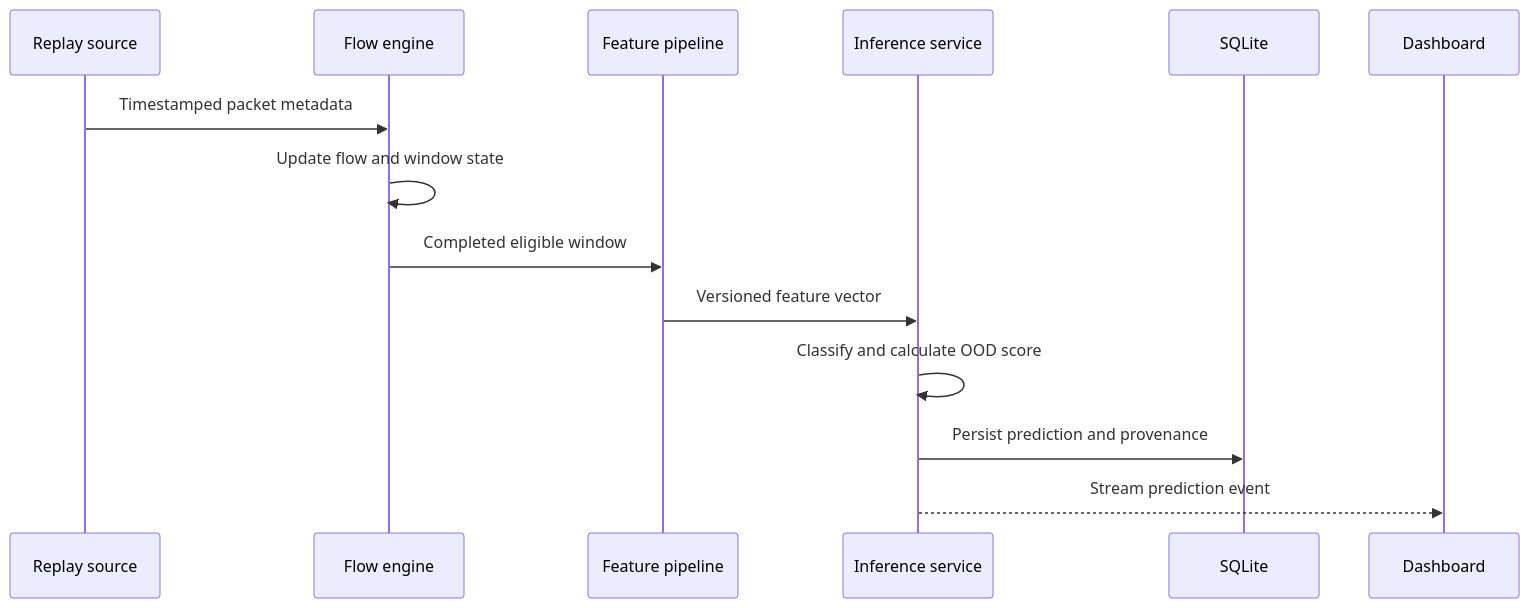
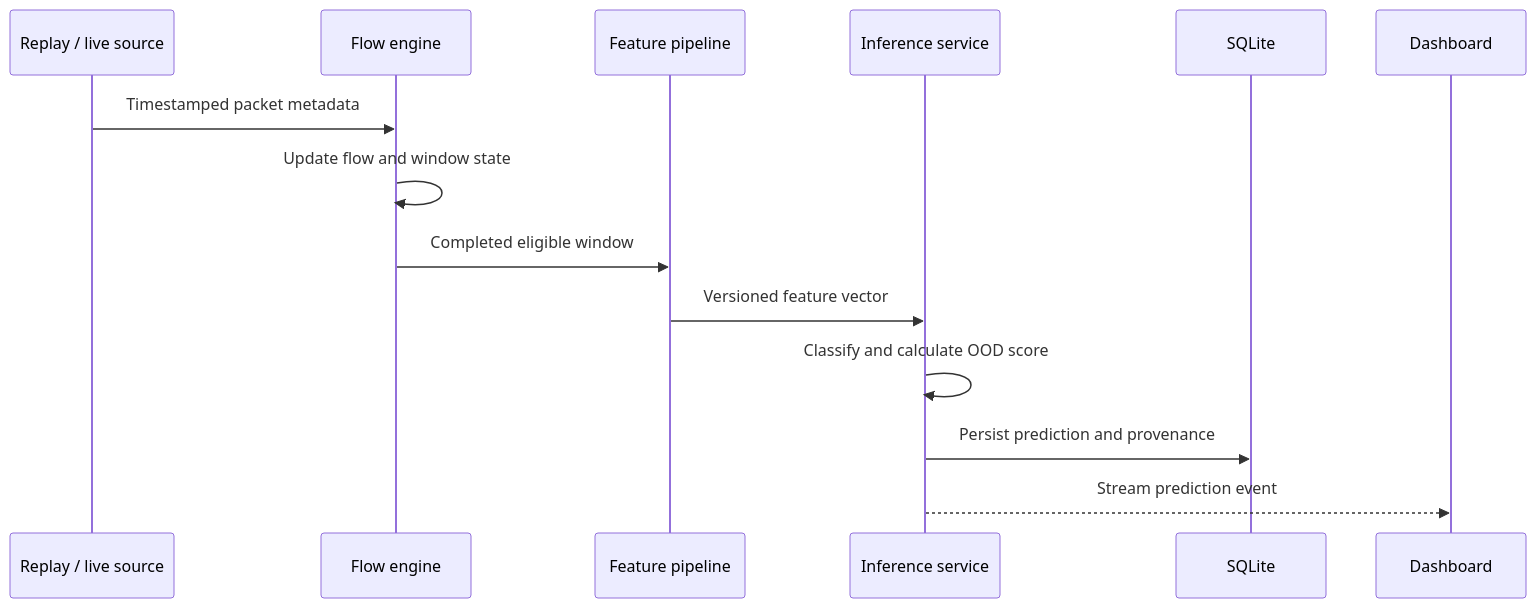
The third of 3 diagrams in docs/engineering-design.md (JCrossoverGithub/Parallax), drawn with Mermaid before and after one commit. The commit also changed other lines of this file and 4 other files, not shown here.

````diff
--- a/docs/engineering-design.md
+++ b/docs/engineering-design.md
@@ -246,17 +271,17 @@
 ```mermaid
 sequenceDiagram
-    participant Source as Replay source
+    participant Source as Replay / live source
     participant Flow as Flow engine
     participant Features as Feature pipeline
     participant Model as Inference service
     participant Store as SQLite
     participant UI as Dashboard
 
     Source->>Flow: Timestamped packet metadata
     Flow->>Flow: Update flow and window state
     Flow->>Features: Completed eligible window
     Features->>Model: Versioned feature vector
     Model->>Model: Classify and calculate OOD score
     Model->>Store: Persist prediction and provenance
     Model-->>UI: Stream prediction event
 ```
````
